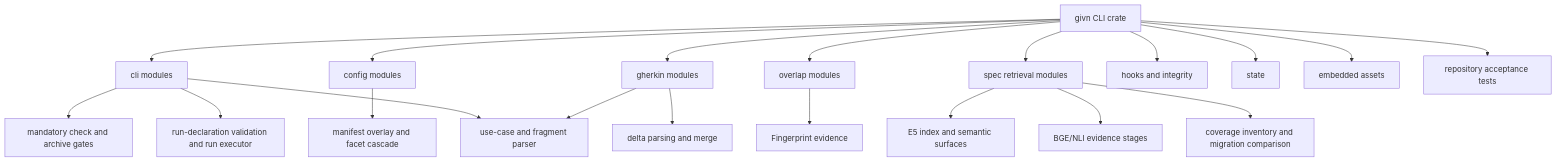
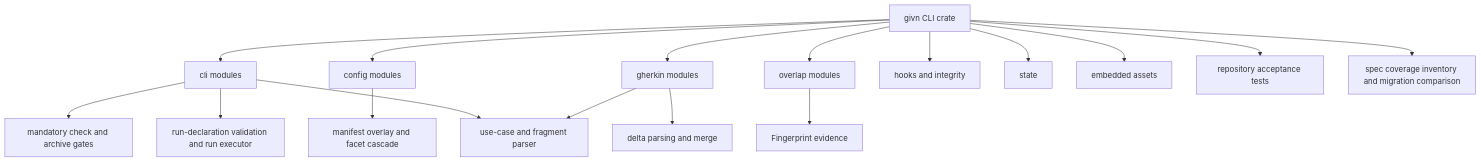
Before and after one commit to buster/givn: the diagram in docs/arc42/05-building-block-view.md, drawn with Mermaid. The commit also changed other lines of this file and 39 other files, not shown here.

````diff
--- a/docs/arc42/05-building-block-view.md
+++ b/docs/arc42/05-building-block-view.md
@@ -13,22 +11,19 @@
 ```mermaid
 flowchart TD
     G[givn CLI crate] --> CLI[cli modules]
     G --> CFG[config modules]
     G --> GH[gherkin modules]
     G --> O[overlap modules]
-    G --> SPEC[spec retrieval modules]
     G --> HOOK[hooks and integrity]
     G --> STATE[state]
     G --> ASSET[embedded assets]
     G --> TEST[repository acceptance tests]
+    G --> COV[spec coverage inventory and migration comparison]
     CLI --> CHECK[mandatory check and archive gates]
     CLI --> RUNBLK[run-declaration validation and run executor]
     CFG --> GRAPH[manifest overlay and facet cascade]
     GH --> MERGE[delta parsing and merge]
     O --> FINGER[Fingerprint evidence]
-    SPEC --> E5[E5 index and semantic surfaces]
-    SPEC --> STAGE[BGE/NLI evidence stages]
     GH --> UC[use-case and fragment parser]
-    SPEC --> COV[coverage inventory and migration comparison]
     CLI --> UC
 ```
````
